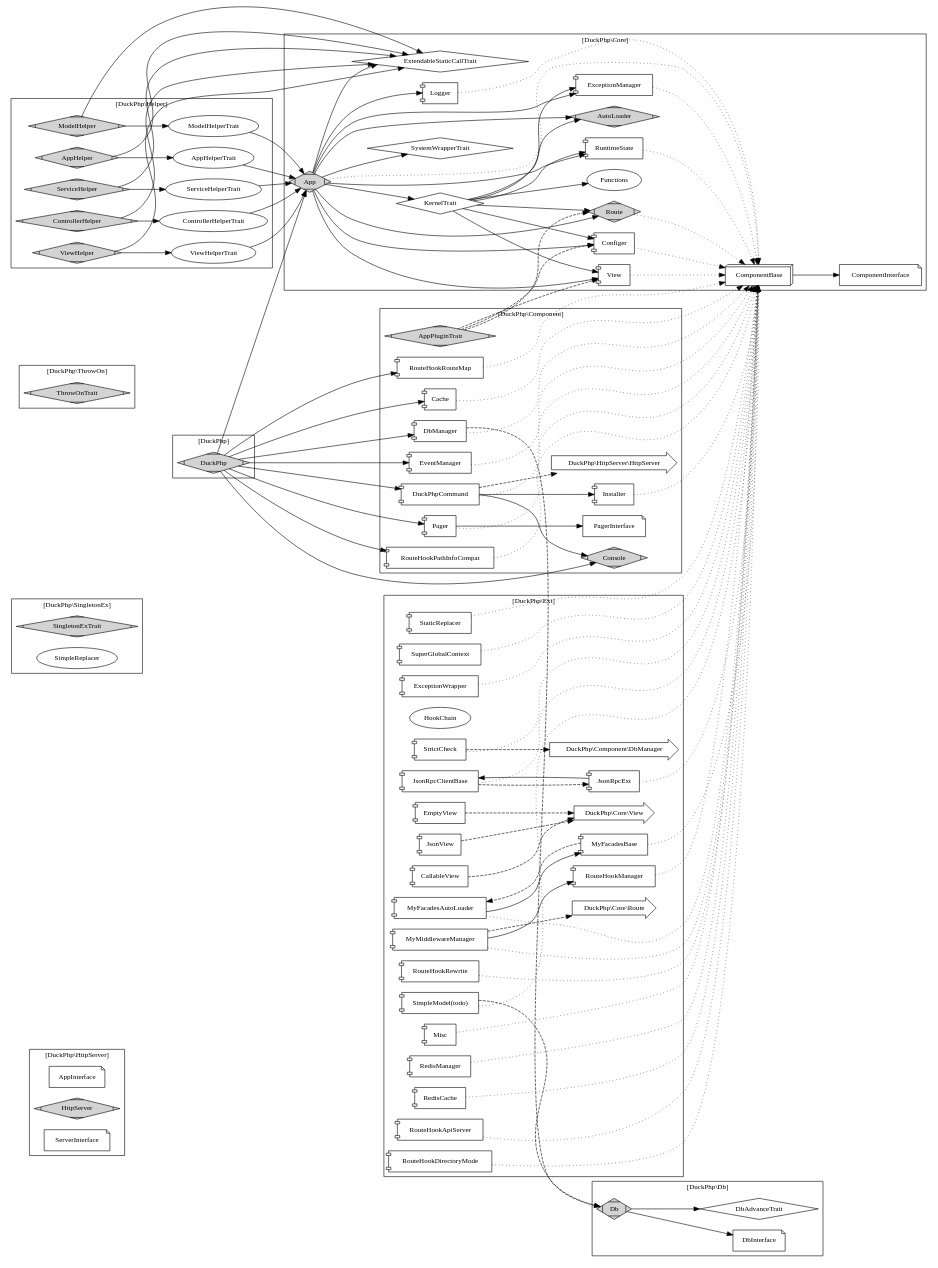
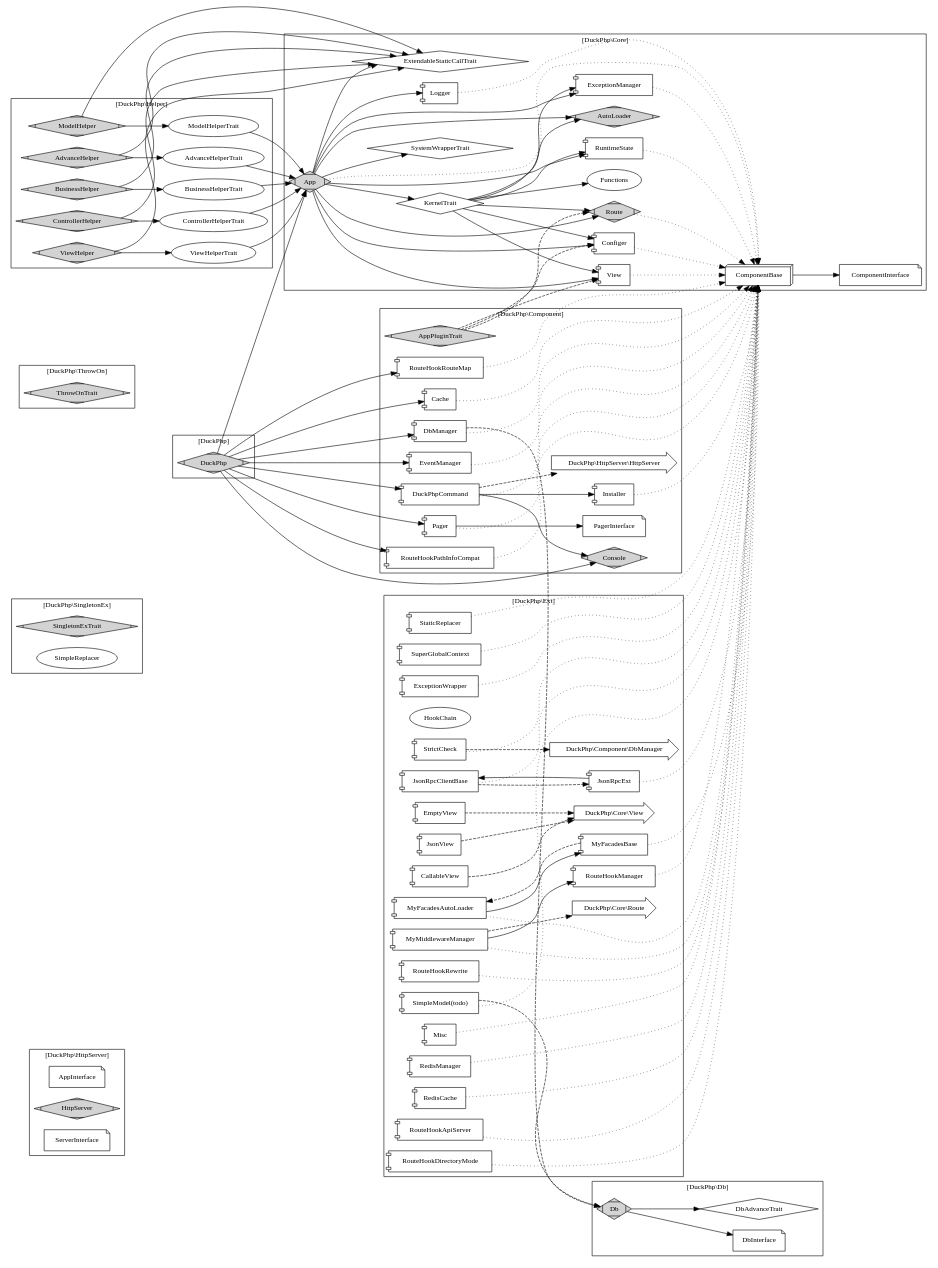
The diagram in docs/duckphp.gv (dvaknheo/duckphp), drawn with Graphviz before and after one commit. The commit also changed 7 other files, not shown here.

```diff
--- a/docs/duckphp.gv
+++ b/docs/duckphp.gv
@@ -83,28 +83,28 @@
     
     label = "[DuckPhp\\Helper]";
     
-    AppHelper [label="AppHelper";shape=Mdiamond;style=filled];
+    AdvanceHelper [label="AdvanceHelper";shape=Mdiamond;style=filled];
     ControllerHelper [label="ControllerHelper";shape=Mdiamond;style=filled];
     ModelHelper [label="ModelHelper";shape=Mdiamond;style=filled];
-    ServiceHelper [label="ServiceHelper";shape=Mdiamond;style=filled];
+    BusinessHelper [label="BusinessHelper";shape=Mdiamond;style=filled];
     ViewHelper [label="ViewHelper";shape=Mdiamond;style=filled];
     
-    AppHelperTrait -> App; 
+    AdvanceHelperTrait -> App; 
     ControllerHelperTrait -> App; 
     ModelHelperTrait -> App; 
-    ServiceHelperTrait -> App; 
+    BusinessHelperTrait -> App; 
     ViewHelperTrait -> App; 
     
-    AppHelper -> ExtendableStaticCallTrait; 
+    AdvanceHelper -> ExtendableStaticCallTrait; 
     ControllerHelper -> ExtendableStaticCallTrait; 
     ModelHelper -> ExtendableStaticCallTrait; 
-    ServiceHelper -> ExtendableStaticCallTrait; 
+    BusinessHelper -> ExtendableStaticCallTrait; 
     ViewHelper -> ExtendableStaticCallTrait; 
 
-    AppHelper -> AppHelperTrait; 
+    AdvanceHelper -> AdvanceHelperTrait; 
     ControllerHelper -> ControllerHelperTrait; 
     ModelHelper -> ModelHelperTrait; 
-    ServiceHelper -> ServiceHelperTrait; 
+    BusinessHelper -> BusinessHelperTrait; 
     ViewHelper -> ViewHelperTrait; 
 
 }
```
